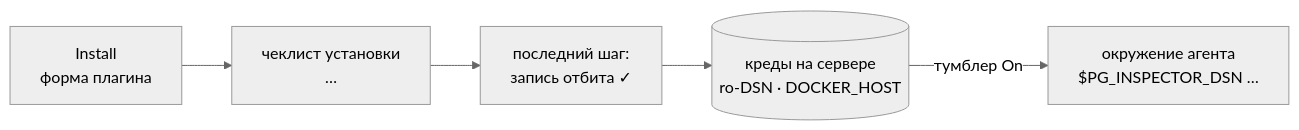
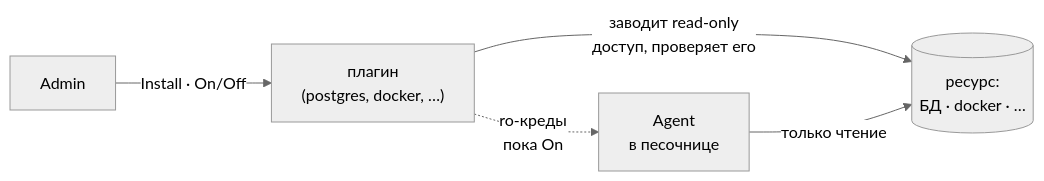
Before and after one commit to redmadrobot-rnd/very-ai-framework: the first of 3 diagrams in srv_explore/PLUGINS.md, drawn with Mermaid (neutral theme). The commit also changed other lines of this file, not shown here.

Commit message:
docs(srv-explore): схема плагинов — роли и доступ, а не процедура установки

````diff
--- a/srv_explore/PLUGINS.md
+++ b/srv_explore/PLUGINS.md
@@ -7,7 +7,7 @@
 ```mermaid
 flowchart LR
-  F["Install<br/>форма плагина"] --> I["чеклист установки<br/>…"]
-  I --> D["последний шаг:<br/>запись отбита ✓"]
-  D --> C[("креды на сервере<br/>ro-DSN · DOCKER_HOST")]
-  C -->|"тумблер On"| E["окружение агента<br/>$PG_INSPECTOR_DSN …"]
+  ADM["Admin"] -->|"Install · On/Off"| P["плагин<br/>(postgres, docker, …)"]
+  P -->|"заводит read-only<br/>доступ, проверяет его"| R[("ресурс:<br/>БД · docker · …")]
+  P -.->|"ro-креды<br/>пока On"| A["Agent<br/>в песочнице"]
+  A -->|"только чтение"| R
 ```
````
